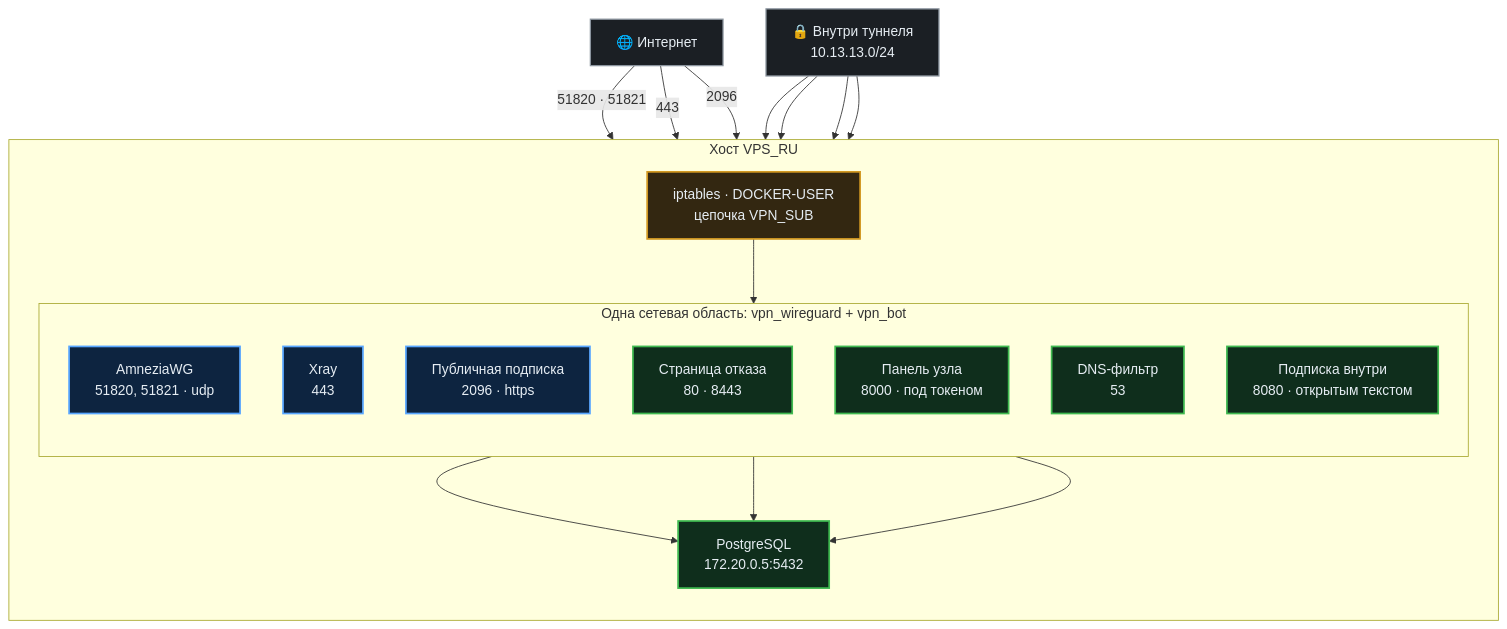
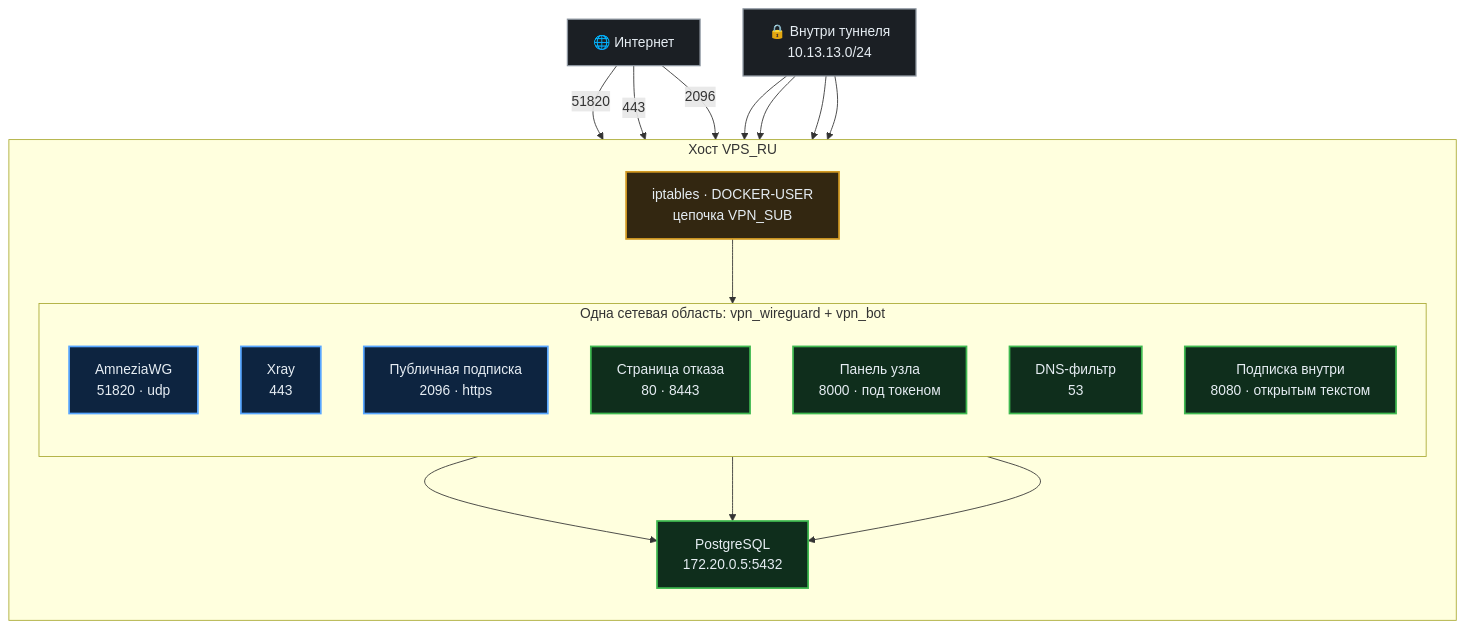
The first of 4 diagrams in docs/ports.md (AnDyQnn/vpn_awg_2_VPS_pub), drawn with Mermaid before and after one commit. The commit also changed other lines of this file and 17 other files, not shown here.

````diff
--- a/docs/ports.md
+++ b/docs/ports.md
@@ -64,44 +63,44 @@
 ```mermaid
 flowchart TB
     NET["🌐 Интернет"]
 
     subgraph HOST["Хост VPS_RU"]
         direction TB
         subgraph NS["Одна сетевая область: vpn_wireguard + vpn_bot"]
             direction TB
-            AWG["AmneziaWG<br/>51820, 51821 · udp"]
+            AWG["AmneziaWG<br/>51820 · udp"]
             XRAY["Xray<br/>443"]
             SUBOUT["Публичная подписка<br/>2096 · https"]
             PAGE["Страница отказа<br/>80 · 8443"]
             API["Панель узла<br/>8000 · под токеном"]
             DNSF["DNS-фильтр<br/>53"]
             SUBIN["Подписка внутри<br/>8080 · открытым текстом"]
         end
         DB["PostgreSQL<br/>172.20.0.5:5432"]
         FW["iptables · DOCKER-USER<br/>цепочка VPN_SUB"]
     end
 
     TUN["🔒 Внутри туннеля<br/>10.13.13.0/24"]
 
-    NET -->|"51820 · 51821"| AWG
+    NET -->|"51820"| AWG
     NET -->|"443"| XRAY
     NET -->|"2096"| FW
     FW --> SUBOUT
     TUN --> PAGE
     TUN --> API
     TUN --> DNSF
     TUN --> SUBIN
     API --> DB
     SUBIN --> DB
     SUBOUT --> DB
 
     classDef pub  fill:#0d2440,stroke:#58a6ff,stroke-width:2px,color:#e6edf3
     classDef priv fill:#0f2e1c,stroke:#3fb950,stroke-width:2px,color:#e6edf3
     classDef guard fill:#332711,stroke:#d29922,stroke-width:2px,color:#e6edf3
     classDef out  fill:#1b1f24,stroke:#8b949e,stroke-width:1.5px,color:#e6edf3
 
     class AWG,XRAY,SUBOUT pub
     class PAGE,API,DNSF,SUBIN,DB priv
     class FW guard
     class NET,TUN out
 ```
````
